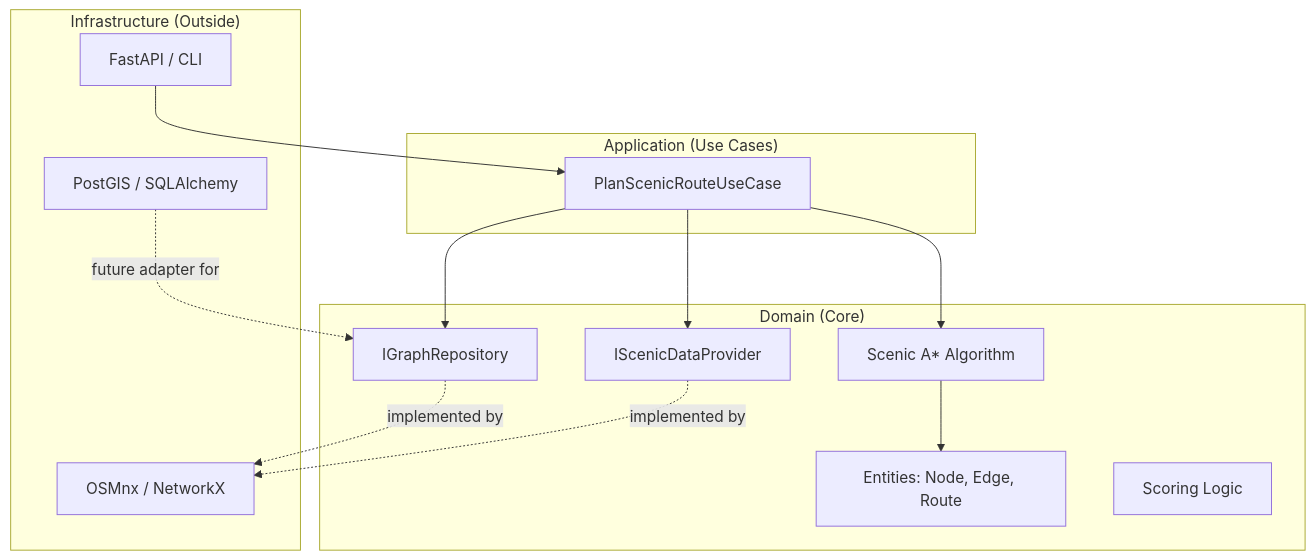
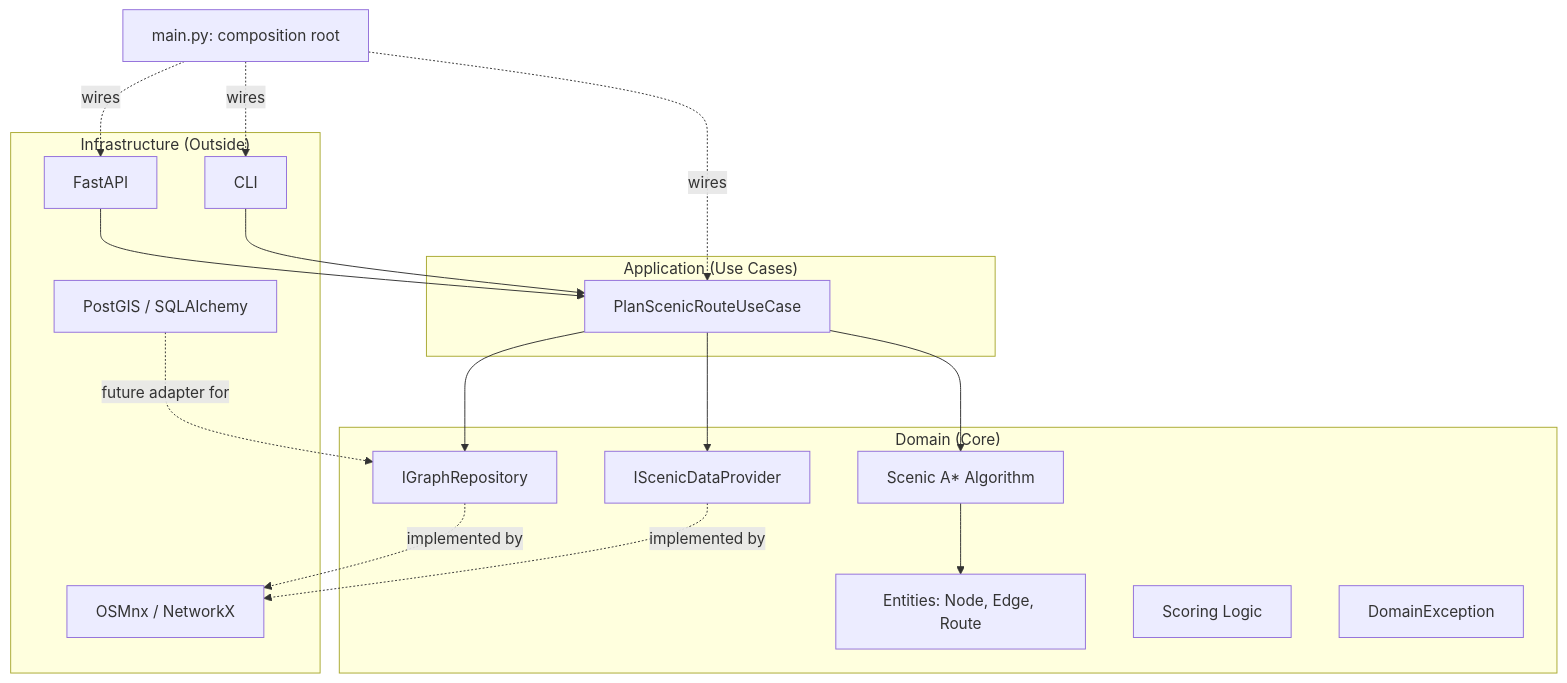
The diagram in README.md (victoriaghoos/yorimichi), drawn with Mermaid before and after one commit. The commit also changed other lines of this file, not shown here.

Commit message:
Update README to clarify Infrastructure components and API layer integration

````diff
--- a/README.md
+++ b/README.md
@@ -91,26 +91,32 @@
 ```mermaid
 graph TD
     subgraph Infrastructure["Infrastructure (Outside)"]
-        A[FastAPI / CLI]
+        A1[FastAPI]
+        A2[CLI]
         B[PostGIS / SQLAlchemy]
         C[OSMnx / NetworkX]
     end
     subgraph Application["Application (Use Cases)"]
         D[PlanScenicRouteUseCase]
     end
     subgraph Domain["Domain (Core)"]
         E[IGraphRepository]
         F[IScenicDataProvider]
         G[Scenic A* Algorithm]
         H[Entities: Node, Edge, Route]
         I[Scoring Logic]
+        J[DomainException]
     end
-    A --> D
+    MAIN[main.py: composition root] -.wires.-> A1
+    MAIN -.wires.-> A2
+    MAIN -.wires.-> D
+    A1 --> D
+    A2 --> D
     D --> G
     D --> E
     D --> F
     G --> H
     E -.implemented by.-> C
     F -.implemented by.-> C
     B -.future adapter for.-> E
 ```
````
